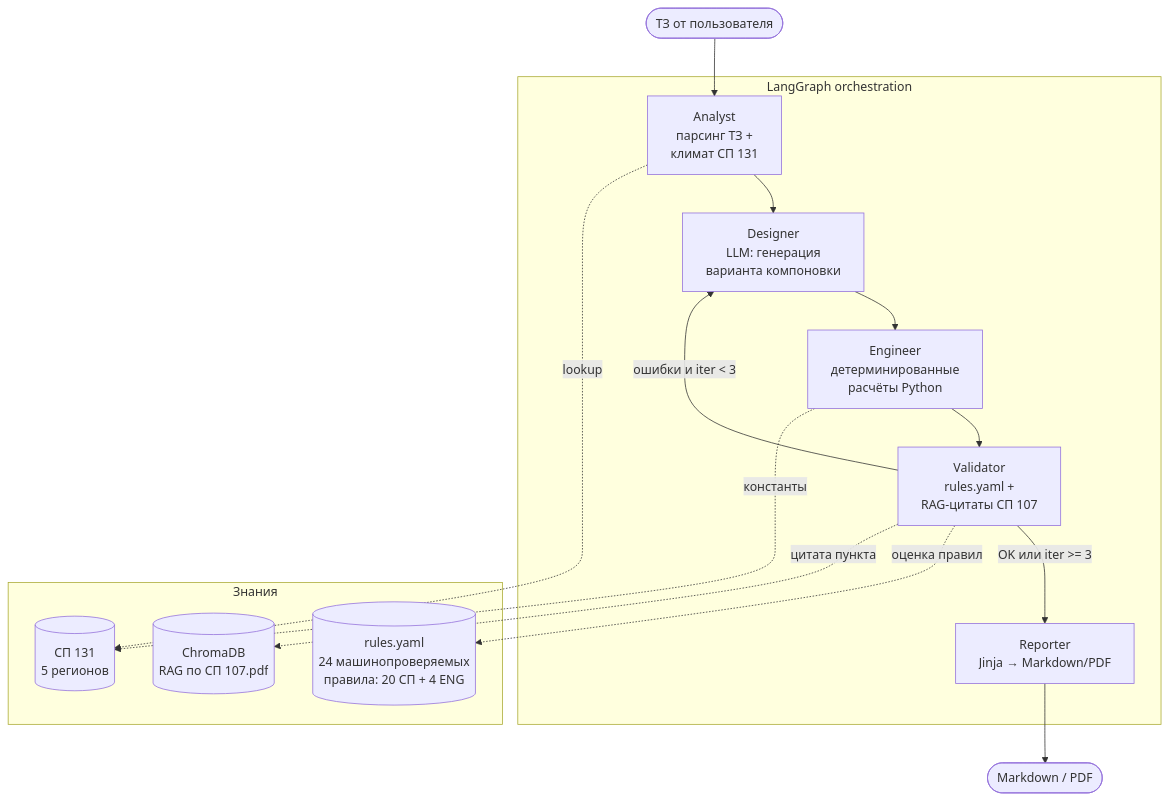
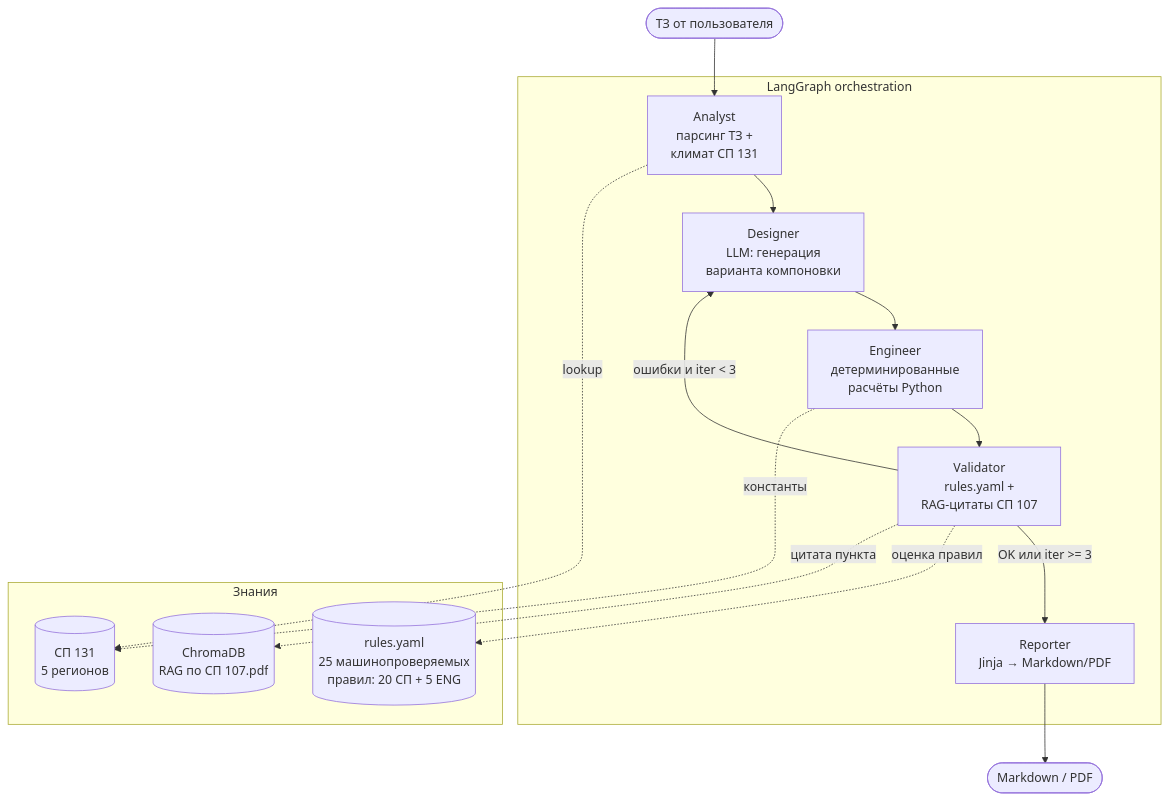
One commit to JukPelme/agro-greenhouse-designer changed the diagram in README.md. Above: the diagram before and after it, drawn with Mermaid. The commit also changed other lines of this file and 20 other files, not shown here.

````diff
--- a/README.md
+++ b/README.md
@@ -35,31 +35,31 @@
 ```mermaid
 flowchart TD
     Brief([ТЗ от пользователя]) --> Analyst
 
     subgraph Graph[LangGraph orchestration]
         Analyst[Analyst<br/>парсинг ТЗ +<br/>климат СП 131]
         Designer[Designer<br/>LLM: генерация<br/>варианта компоновки]
         Engineer[Engineer<br/>детерминированные<br/>расчёты Python]
         Validator[Validator<br/>rules.yaml +<br/>RAG-цитаты СП 107]
         Reporter[Reporter<br/>Jinja → Markdown/PDF]
 
         Analyst --> Designer
         Designer --> Engineer
         Engineer --> Validator
         Validator -- ошибки и iter < 3 --> Designer
         Validator -- OK или iter >= 3 --> Reporter
     end
 
     subgraph Knowledge[Знания]
-        Rules[(rules.yaml<br/>24 машинопроверяемых<br/>правила: 20 СП + 4 ENG)]
+        Rules[(rules.yaml<br/>25 машинопроверяемых<br/>правил: 20 СП + 5 ENG)]
         Climate[(СП 131<br/>5 регионов)]
         SPIndex[(ChromaDB<br/>RAG по СП 107.pdf)]
     end
 
     Analyst -.->|lookup| Climate
     Engineer -.->|константы| Climate
     Validator -.->|оценка правил| Rules
     Validator -.->|цитата пункта| SPIndex
 
     Reporter --> Report([Markdown / PDF])
 ```
````
